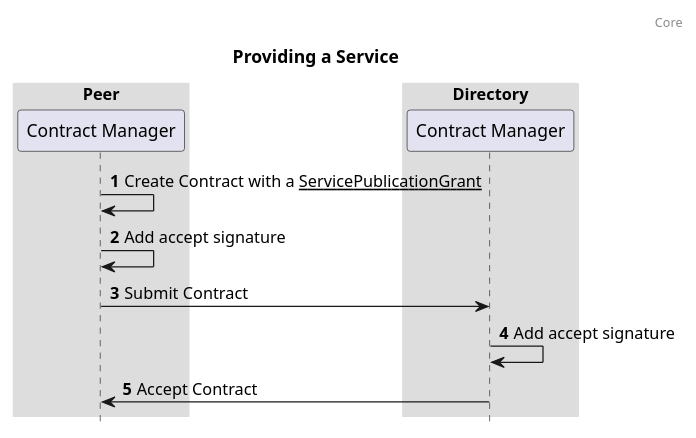
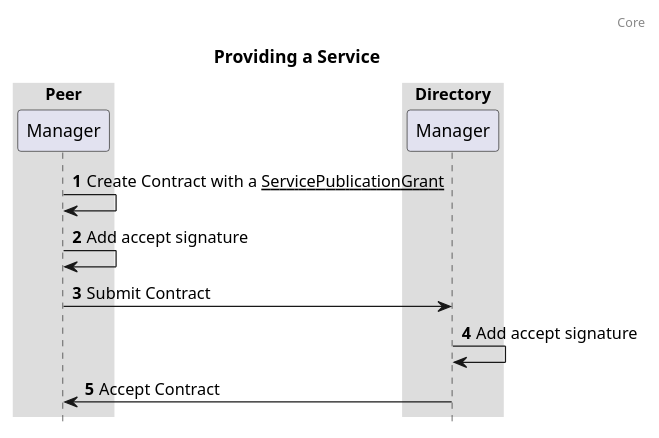
Before and after one commit to Logius-standaarden/fsc-core: the diagram in diagrams/seq-providing-a-service.puml, drawn with PlantUML. The commit also changed 6 other files, not shown here.

Commit message:
replace contract manager with manager

```diff
--- a/diagrams/seq-providing-a-service.puml
+++ b/diagrams/seq-providing-a-service.puml
@@ -1,23 +1,23 @@
 @startuml
 
 autonumber
 header: Core
 title: Providing a Service
 
 box "Peer"
-  participant "Contract Manager" as contractManagerPeer
+  participant "Manager" as managerPeer
 end box
 box "Directory"
-  participant "Contract Manager" as contractManagerDirectory
+  participant "Manager" as managerDirectory
 end box
 
-contractManagerPeer -> contractManagerPeer: Create Contract with a __ServicePublicationGrant__
-contractManagerPeer -> contractManagerPeer: Add accept signature
-contractManagerPeer -> contractManagerDirectory: Submit Contract
-contractManagerDirectory -> contractManagerDirectory: Add accept signature
-contractManagerDirectory -> contractManagerPeer: Accept Contract
+managerPeer -> managerPeer: Create Contract with a __ServicePublicationGrant__
+managerPeer -> managerPeer: Add accept signature
+managerPeer -> managerDirectory: Submit Contract
+managerDirectory -> managerDirectory: Add accept signature
+managerDirectory -> managerPeer: Accept Contract
 
 skinparam sequenceBoxBorderColor #transparent
 skinparam boxPadding 50
 hide footbox
 @enduml
```
